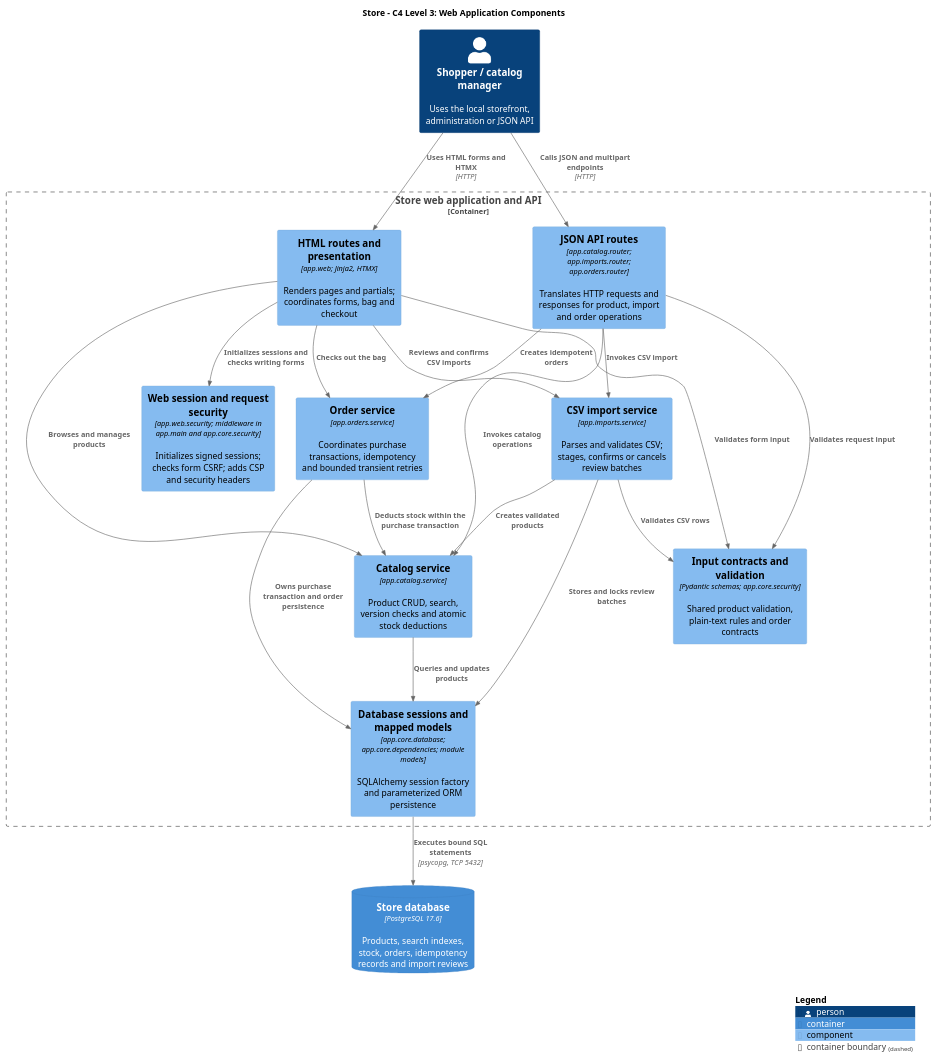
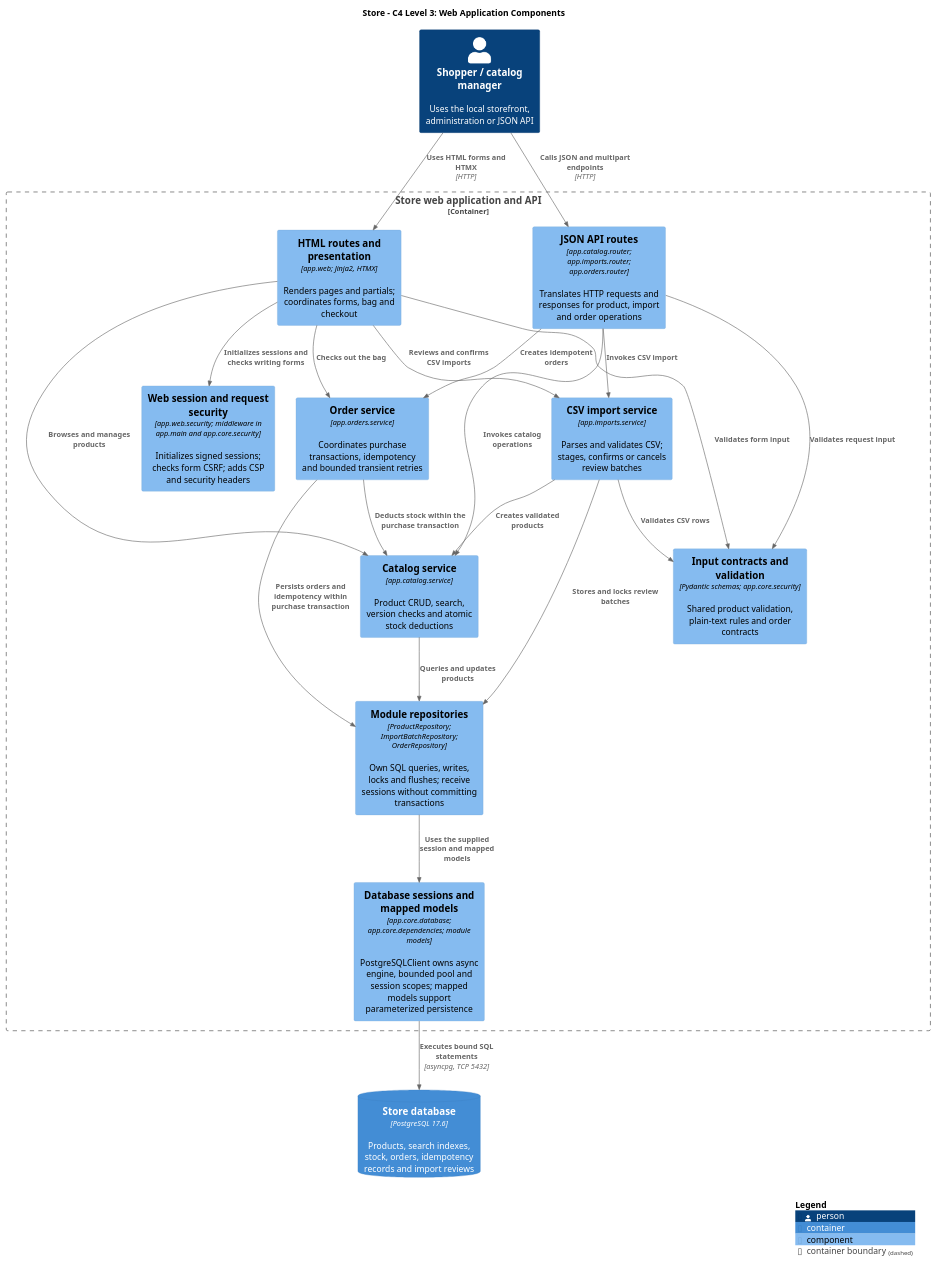
Before and after one commit to jordanraji/store-challenge: the third of 3 diagrams in docs/architecture/store.puml, drawn with PlantUML. The commit also changed other lines of this file and 32 other files, not shown here.

```diff
--- a/docs/architecture/store.puml
+++ b/docs/architecture/store.puml
@@ -31,36 +31,38 @@
 @startuml c4-components
 !include <C4/C4_Component>
 LAYOUT_TOP_DOWN()
 title Store - C4 Level 3: Web Application Components
 Person(user, "Shopper / catalog manager", "Uses the local storefront, administration or JSON API")
 Container_Boundary(app, "Store web application and API") {
     Component(web, "HTML routes and presentation", "app.web; Jinja2, HTMX", "Renders pages and partials; coordinates forms, bag and checkout")
     Component(api, "JSON API routes", "app.catalog.router; app.imports.router; app.orders.router", "Translates HTTP requests and responses for product, import and order operations")
     Component(validation, "Input contracts and validation", "Pydantic schemas; app.core.security", "Shared product validation, plain-text rules and order contracts")
     Component(security, "Web session and request security", "app.web.security; middleware in app.main and app.core.security", "Initializes signed sessions; checks form CSRF; adds CSP and security headers")
     Component(catalog, "Catalog service", "app.catalog.service", "Product CRUD, search, version checks and atomic stock deductions")
     Component(imports, "CSV import service", "app.imports.service", "Parses and validates CSV; stages, confirms or cancels review batches")
     Component(orders, "Order service", "app.orders.service", "Coordinates purchase transactions, idempotency and bounded transient retries")
-    Component(persistence, "Database sessions and mapped models", "app.core.database; app.core.dependencies; module models", "SQLAlchemy session factory and parameterized ORM persistence")
+    Component(repositories, "Module repositories", "ProductRepository; ImportBatchRepository; OrderRepository", "Own SQL queries, writes, locks and flushes; receive sessions without committing transactions")
+    Component(persistence, "Database sessions and mapped models", "app.core.database; app.core.dependencies; module models", "PostgreSQLClient owns async engine, bounded pool and session scopes; mapped models support parameterized persistence")
 }
 ContainerDb(db, "Store database", "PostgreSQL 17.6", "Products, search indexes, stock, orders, idempotency records and import reviews")
 Rel(user, web, "Uses HTML forms and HTMX", "HTTP")
 Rel(user, api, "Calls JSON and multipart endpoints", "HTTP")
 Rel(web, security, "Initializes sessions and checks writing forms")
 Rel(web, validation, "Validates form input")
 Rel(api, validation, "Validates request input")
 Rel(web, catalog, "Browses and manages products")
 Rel(web, imports, "Reviews and confirms CSV imports")
 Rel(web, orders, "Checks out the bag")
 Rel(api, catalog, "Invokes catalog operations")
 Rel(api, imports, "Invokes CSV import")
 Rel(api, orders, "Creates idempotent orders")
 Rel(imports, validation, "Validates CSV rows")
 Rel(imports, catalog, "Creates validated products")
 Rel(orders, catalog, "Deducts stock within the purchase transaction")
-Rel(catalog, persistence, "Queries and updates products")
-Rel(imports, persistence, "Stores and locks review batches")
-Rel(orders, persistence, "Owns purchase transaction and order persistence")
-Rel(persistence, db, "Executes bound SQL statements", "psycopg, TCP 5432")
+Rel(catalog, repositories, "Queries and updates products")
+Rel(imports, repositories, "Stores and locks review batches")
+Rel(orders, repositories, "Persists orders and idempotency within purchase transaction")
+Rel(repositories, persistence, "Uses the supplied session and mapped models")
+Rel(persistence, db, "Executes bound SQL statements", "asyncpg, TCP 5432")
 SHOW_LEGEND()
 @enduml
```
